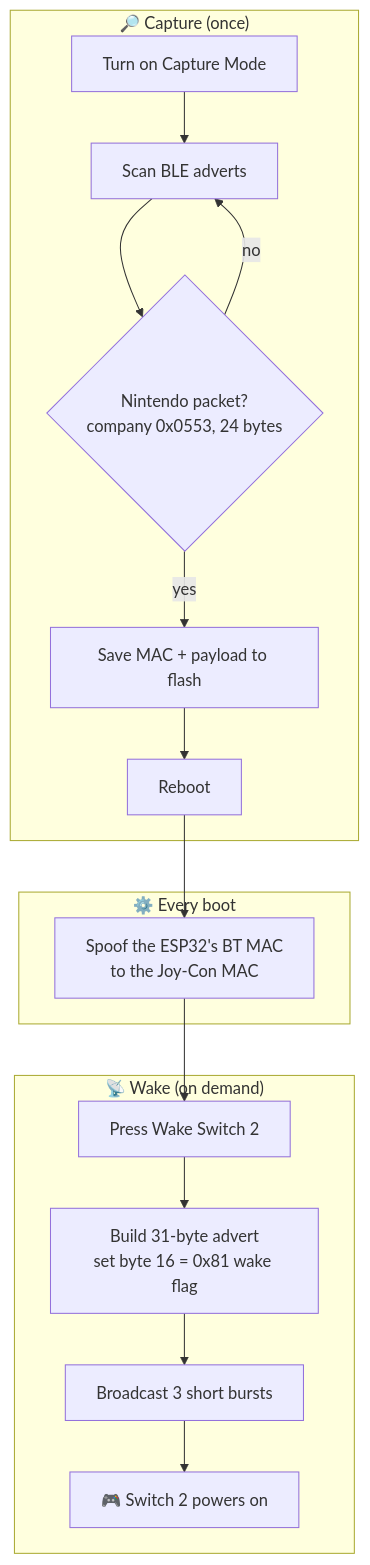
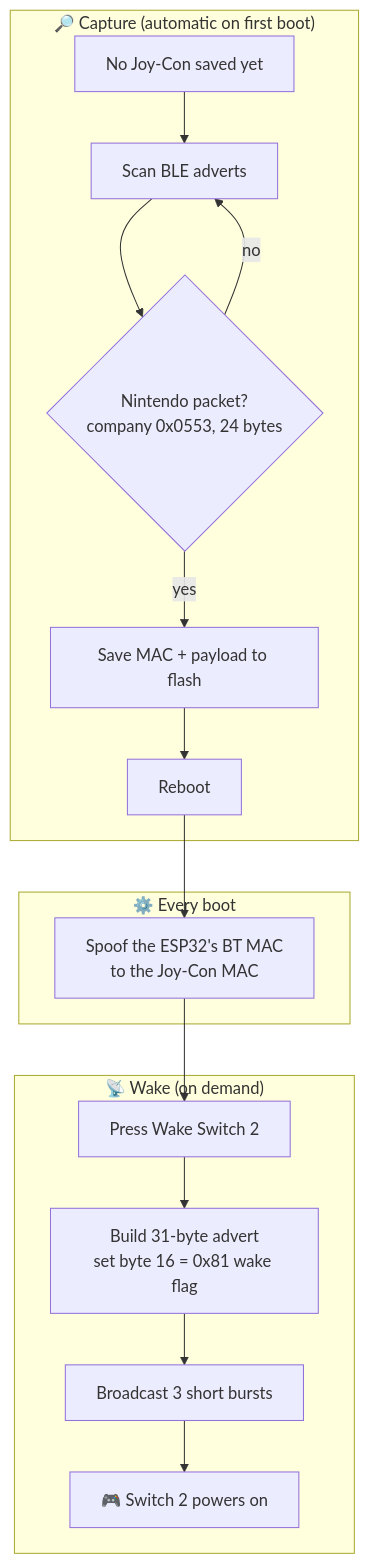
One commit to sickyj/Switch2-Wake-Beacon-ESPHome changed the diagram in README.md. Above: the diagram before and after it, drawn with Mermaid. The commit also changed other lines of this file and 2 other files, not shown here.

First line of the commit message:
v2.2.0: automatic capture on first boot

````diff
--- a/README.md
+++ b/README.md
@@ -53,19 +53,19 @@
 ```mermaid
 flowchart TD
-    subgraph Capture["🔎 Capture (once)"]
-        A[Turn on Capture Mode] --> B[Scan BLE adverts]
+    subgraph Capture["🔎 Capture (automatic on first boot)"]
+        A[No Joy-Con saved yet] --> B[Scan BLE adverts]
         B --> C{Nintendo packet?<br/>company 0x0553, 24 bytes}
         C -- no --> B
         C -- yes --> D[Save MAC + payload to flash]
         D --> E[Reboot]
     end
     subgraph Boot["⚙️ Every boot"]
         E --> F[Spoof the ESP32's BT MAC<br/>to the Joy-Con MAC]
     end
     subgraph Wake["📡 Wake (on demand)"]
         F --> G[Press Wake Switch 2]
         G --> H[Build 31-byte advert<br/>set byte 16 = 0x81 wake flag]
         H --> I[Broadcast 3 short bursts]
         I --> J[🎮 Switch 2 powers on]
     end
 ```
````
